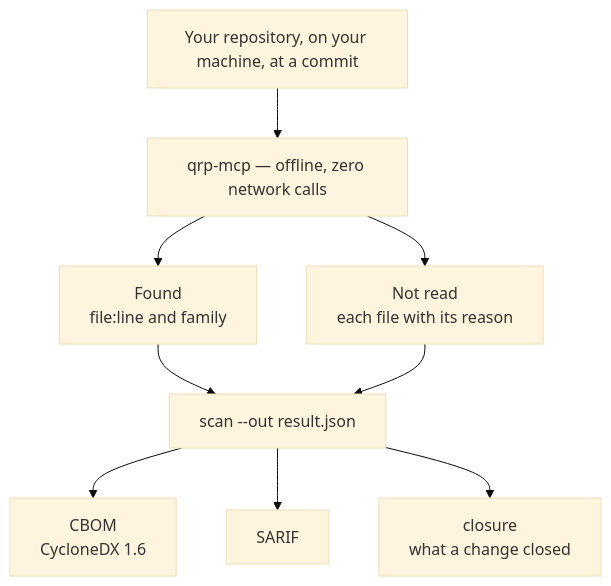
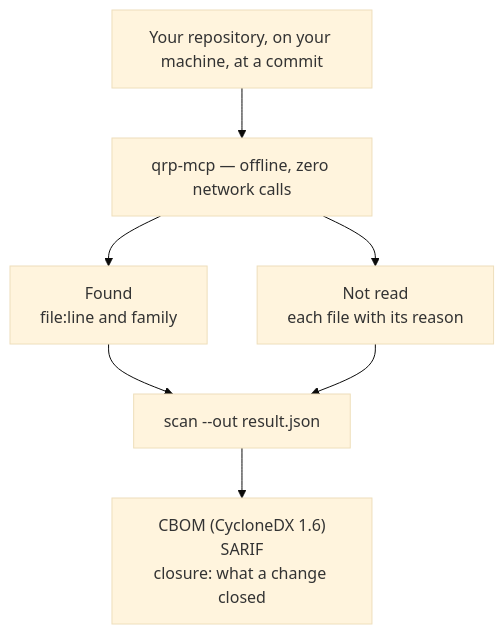
One commit to StanimirTenev/qrp-mcp changed the diagram in README.md. Above: the diagram before and after it, drawn with Mermaid (base theme).

Commit message:
README: the map's outputs in one box, clear of the zoom controls
Claude-Session: https://claude.ai/code/session_01JCzhSBrbKhasKxAkjJ6ZbE

````diff
--- a/README.md
+++ b/README.md
@@ -22,11 +22,9 @@
 ```mermaid
 flowchart TD
     R["Your repository, on your machine, at a commit"] --> Q["qrp-mcp — offline, zero network calls"]
     Q --> F["Found<br/>file:line and family"]
     Q --> N["Not read<br/>each file with its reason"]
     F --> J["scan --out result.json"]
     N --> J
-    J --> C["CBOM<br/>CycloneDX 1.6"]
-    J --> S["SARIF"]
-    J --> X["closure<br/>what a change closed"]
+    J --> O["CBOM (CycloneDX 1.6)<br/>SARIF<br/>closure: what a change closed"]
 ```
````
